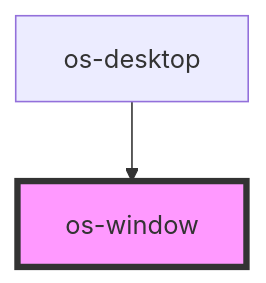
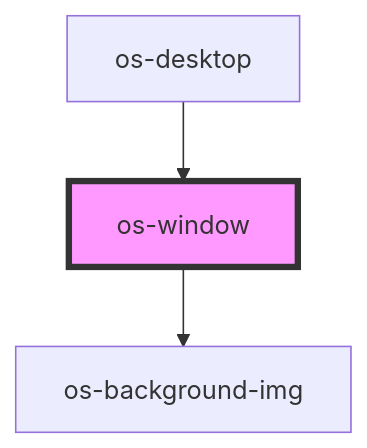
The diagram in src/components/os-window/readme.md (neko-chilyann/qx-os), drawn with Mermaid before and after one commit. The commit also changed other lines of this file and 18 other files, not shown here.

````diff
--- a/src/components/os-window/readme.md
+++ b/src/components/os-window/readme.md
@@ -15,5 +19,6 @@
 ```mermaid
 graph TD;
+  os-window --> os-background-img
   os-desktop --> os-window
   style os-window fill:#f9f,stroke:#333,stroke-width:4px
 ```
````
